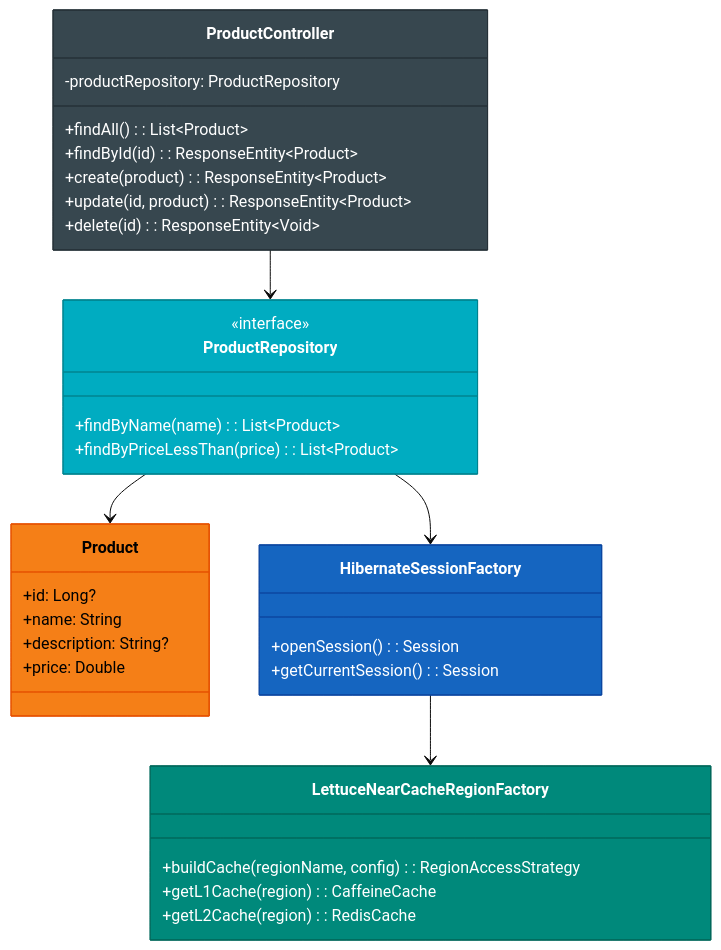
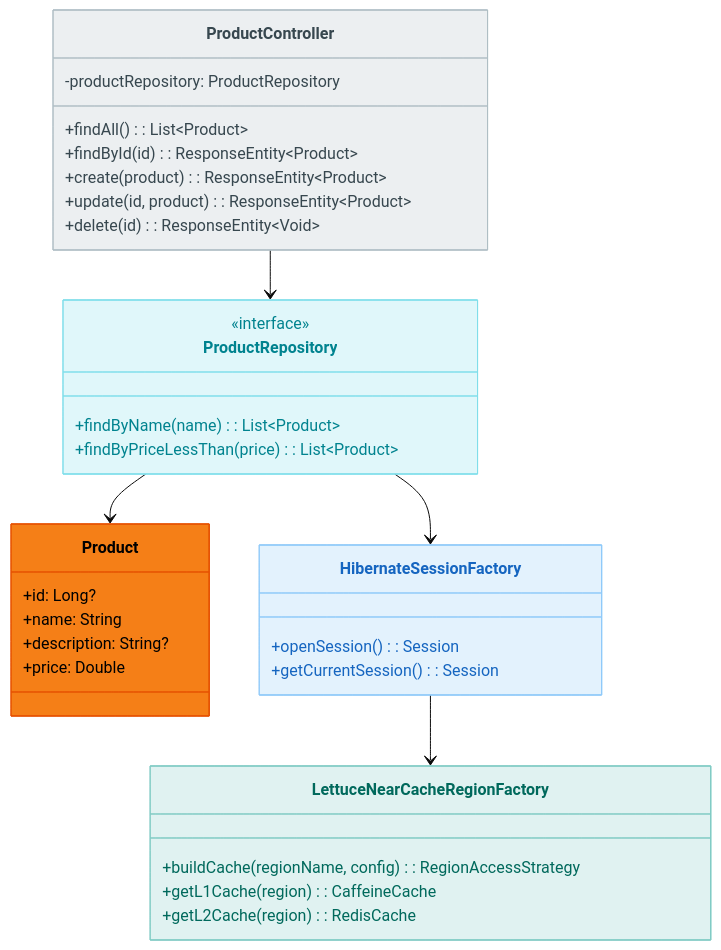
Before and after one commit to bluetape4k/bluetape4k-projects: the first of 2 diagrams in spring-boot4/hibernate-lettuce-demo/README.ko.md, drawn with Mermaid (base theme). The commit also changed other lines of this file and 219 other files, not shown here.

First line of the commit message:
docs: 전체 README Mermaid 다이어그램 가이드 적용

````diff
--- a/spring-boot4/hibernate-lettuce-demo/README.ko.md
+++ b/spring-boot4/hibernate-lettuce-demo/README.ko.md
@@ -11,42 +11,42 @@
 ```mermaid
 classDiagram
     class ProductController {
         -productRepository: ProductRepository
         +findAll(): List~Product~
         +findById(id): ResponseEntity~Product~
         +create(product): ResponseEntity~Product~
         +update(id, product): ResponseEntity~Product~
         +delete(id): ResponseEntity~Void~
     }
     class ProductRepository {
         <<interface>>
         +findByName(name): List~Product~
         +findByPriceLessThan(price): List~Product~
     }
     class Product {
         +id: Long?
         +name: String
         +description: String?
         +price: Double
     }
     class LettuceNearCacheRegionFactory {
         +buildCache(regionName, config): RegionAccessStrategy
         +getL1Cache(region): CaffeineCache
         +getL2Cache(region): RedisCache
     }
     class HibernateSessionFactory {
         +openSession(): Session
         +getCurrentSession(): Session
     }
 
     ProductController --> ProductRepository
     ProductRepository --> Product
     HibernateSessionFactory --> LettuceNearCacheRegionFactory
     ProductRepository --> HibernateSessionFactory
 
-    style ProductController fill:#37474F,stroke:#263238,color:#FFFFFF
-    style ProductRepository fill:#00ACC1,stroke:#00838F,color:#FFFFFF
+    style ProductController fill:#ECEFF1,stroke:#B0BEC5,color:#37474F
+    style ProductRepository fill:#E0F7FA,stroke:#80DEEA,color:#00838F
     style Product fill:#F57F17,stroke:#E65100,color:#000000
-    style LettuceNearCacheRegionFactory fill:#00897B,stroke:#00695C,color:#FFFFFF
-    style HibernateSessionFactory fill:#1565C0,stroke:#0D47A1,color:#FFFFFF
+    style LettuceNearCacheRegionFactory fill:#E0F2F1,stroke:#80CBC4,color:#00695C
+    style HibernateSessionFactory fill:#E3F2FD,stroke:#90CAF9,color:#1565C0
 ```
````
